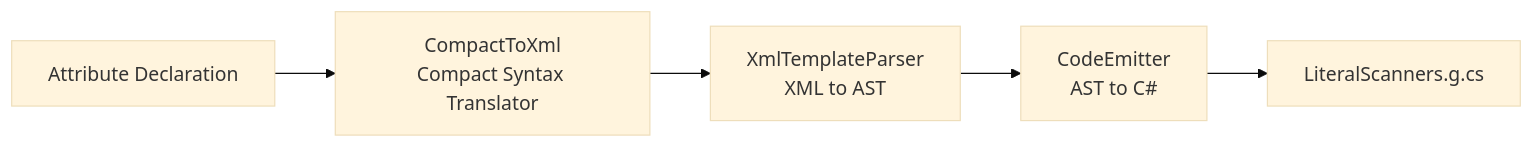
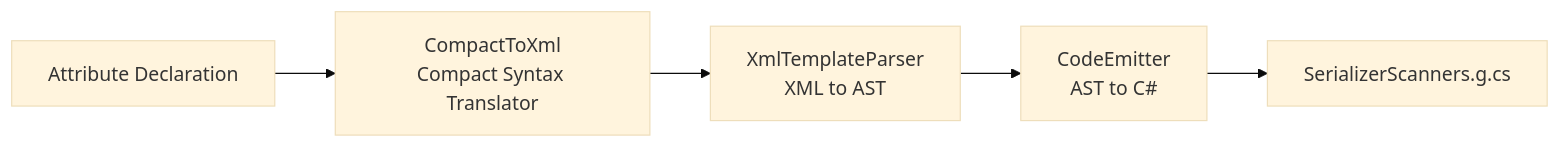
The diagram in docs/en/technical/pipeline/literal-scanner-sg.md (twds0x13/FluxFormula), drawn with Mermaid (base theme) before and after one commit. The commit also changed other lines of this file and 22 other files, not shown here.

````diff
--- a/docs/en/technical/pipeline/literal-scanner-sg.md
+++ b/docs/en/technical/pipeline/literal-scanner-sg.md
@@ -9,7 +9,7 @@
 ```mermaid
 graph LR
     A[Attribute Declaration] --> B[CompactToXml<br/>Compact Syntax Translator]
     B --> C[XmlTemplateParser<br/>XML to AST]
     C --> D[CodeEmitter<br/>AST to C#]
-    D --> E[LiteralScanners.g.cs]
+    D --> E[SerializerScanners.g.cs]
 ```
````
